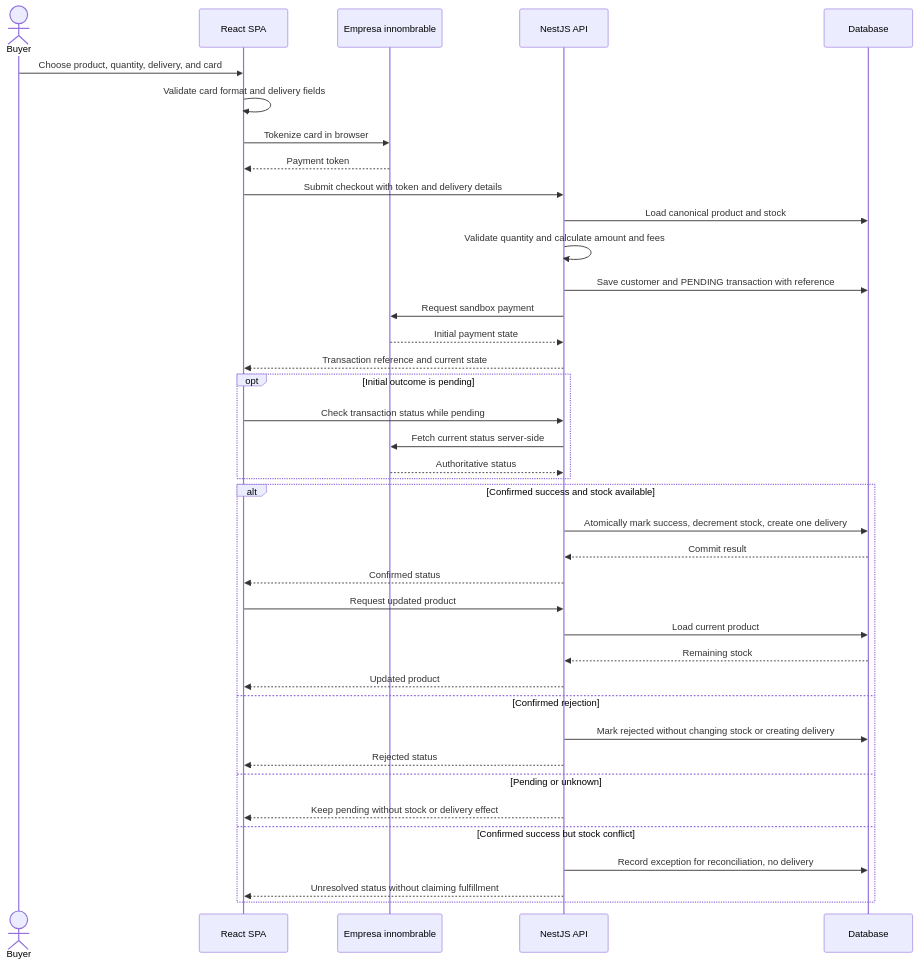
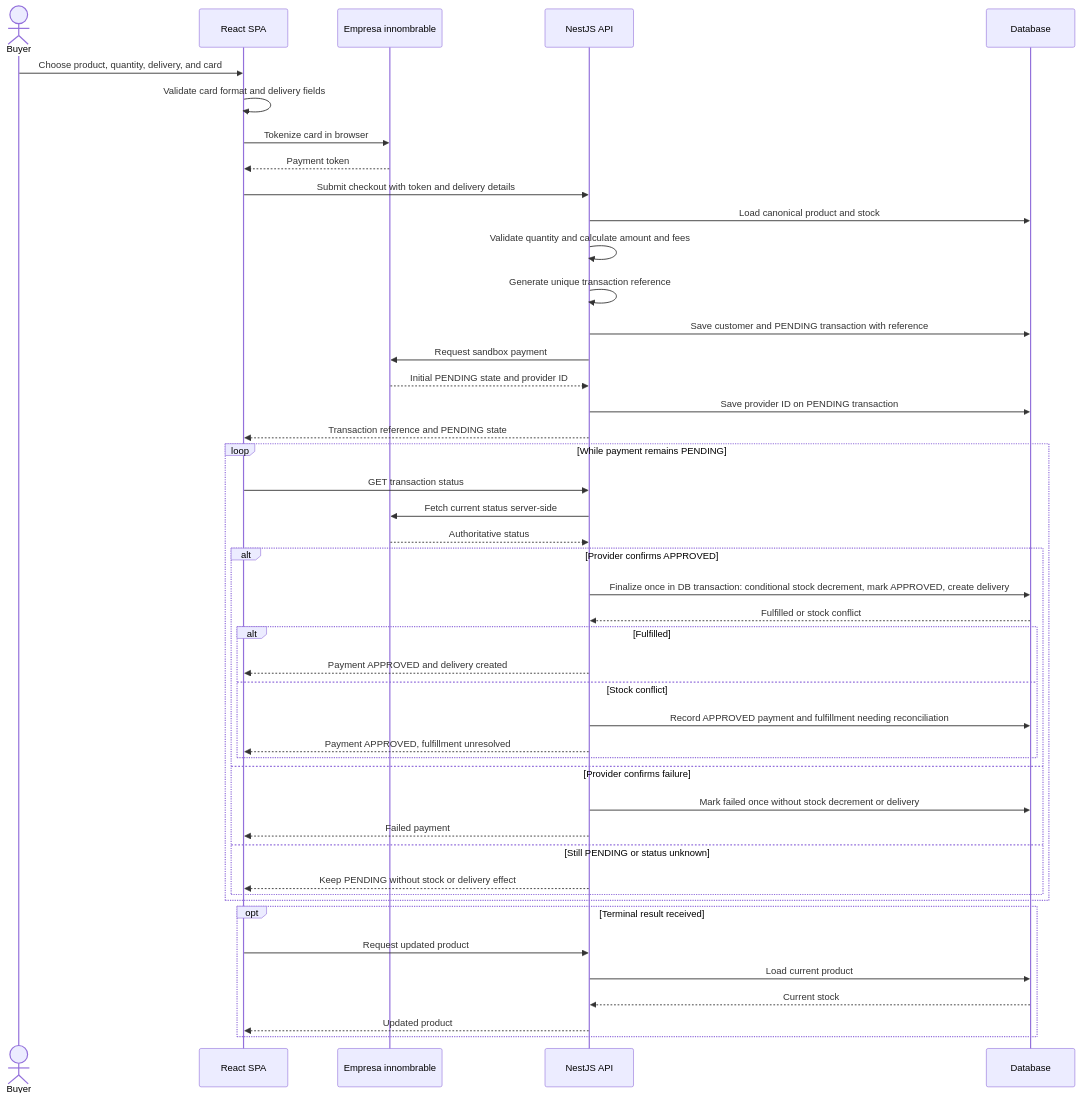
One commit to alexanderbeleno16/product-payment changed the third of 4 diagrams in README.md. Above: the diagram before and after it, drawn with Mermaid. The commit also changed other lines of this file, not shown here.

Commit message:
docs: clarify checkout payment sequence

````diff
--- a/README.md
+++ b/README.md
@@ -54,44 +54,50 @@
 ```mermaid
 sequenceDiagram
     actor Buyer
     participant SPA as React SPA
     participant Provider as Empresa innombrable
     participant API as NestJS API
     participant DB as Database
 
     Buyer->>SPA: Choose product, quantity, delivery, and card
     SPA->>SPA: Validate card format and delivery fields
     SPA->>Provider: Tokenize card in browser
     Provider-->>SPA: Payment token
     SPA->>API: Submit checkout with token and delivery details
     API->>DB: Load canonical product and stock
     API->>API: Validate quantity and calculate amount and fees
+    API->>API: Generate unique transaction reference
     API->>DB: Save customer and PENDING transaction with reference
     API->>Provider: Request sandbox payment
-    Provider-->>API: Initial payment state
-    API-->>SPA: Transaction reference and current state
+    Provider-->>API: Initial PENDING state and provider ID
+    API->>DB: Save provider ID on PENDING transaction
+    API-->>SPA: Transaction reference and PENDING state
 
-    opt Initial outcome is pending
-        SPA->>API: Check transaction status while pending
+    loop While payment remains PENDING
+        SPA->>API: GET transaction status
         API->>Provider: Fetch current status server-side
         Provider-->>API: Authoritative status
+        alt Provider confirms APPROVED
+            API->>DB: Finalize once in DB transaction: conditional stock decrement, mark APPROVED, create delivery
+            DB-->>API: Fulfilled or stock conflict
+            alt Fulfilled
+                API-->>SPA: Payment APPROVED and delivery created
+            else Stock conflict
+                API->>DB: Record APPROVED payment and fulfillment needing reconciliation
+                API-->>SPA: Payment APPROVED, fulfillment unresolved
+            end
+        else Provider confirms failure
+            API->>DB: Mark failed once without stock decrement or delivery
+            API-->>SPA: Failed payment
+        else Still PENDING or status unknown
+            API-->>SPA: Keep PENDING without stock or delivery effect
+        end
     end
 
-    alt Confirmed success and stock available
-        API->>DB: Atomically mark success, decrement stock, create one delivery
-        DB-->>API: Commit result
-        API-->>SPA: Confirmed status
+    opt Terminal result received
         SPA->>API: Request updated product
         API->>DB: Load current product
-        DB-->>API: Remaining stock
+        DB-->>API: Current stock
         API-->>SPA: Updated product
-    else Confirmed rejection
-        API->>DB: Mark rejected without changing stock or creating delivery
-        API-->>SPA: Rejected status
-    else Pending or unknown
-        API-->>SPA: Keep pending without stock or delivery effect
-    else Confirmed success but stock conflict
-        API->>DB: Record exception for reconciliation, no delivery
-        API-->>SPA: Unresolved status without claiming fulfillment
     end
 ```
````
